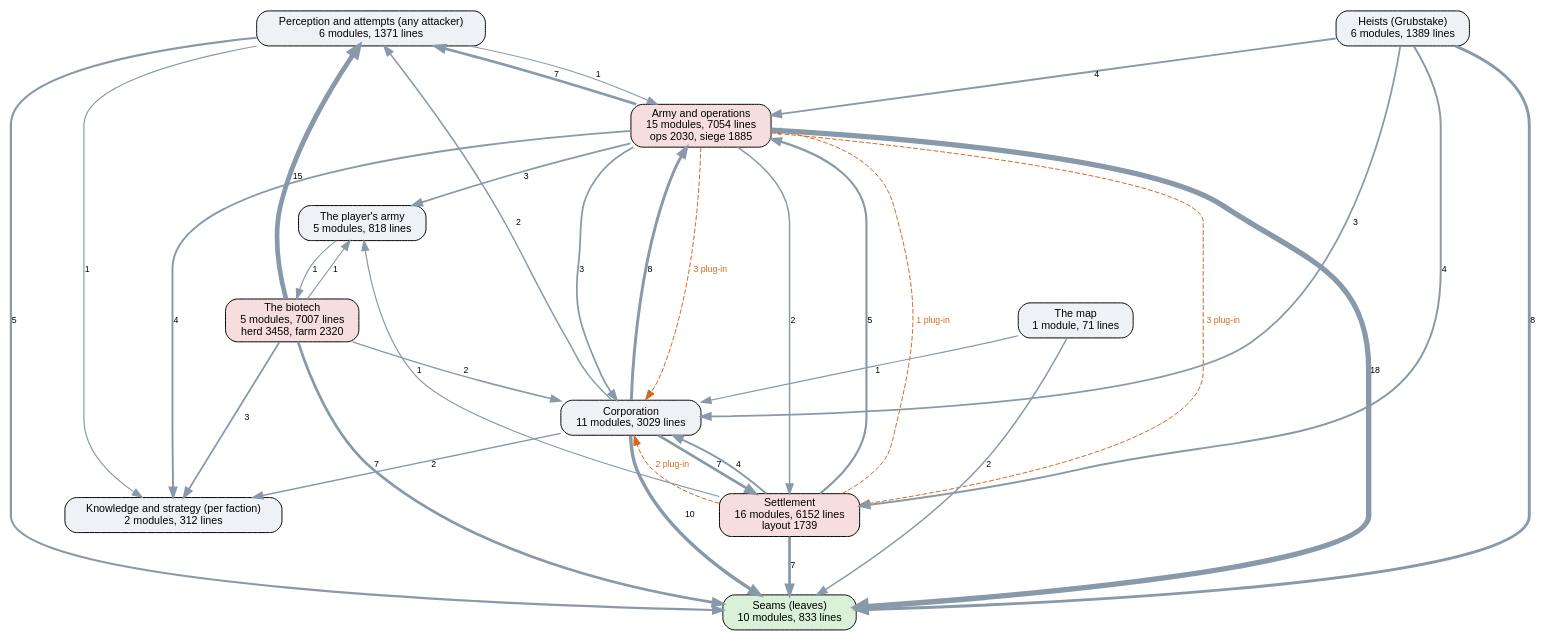
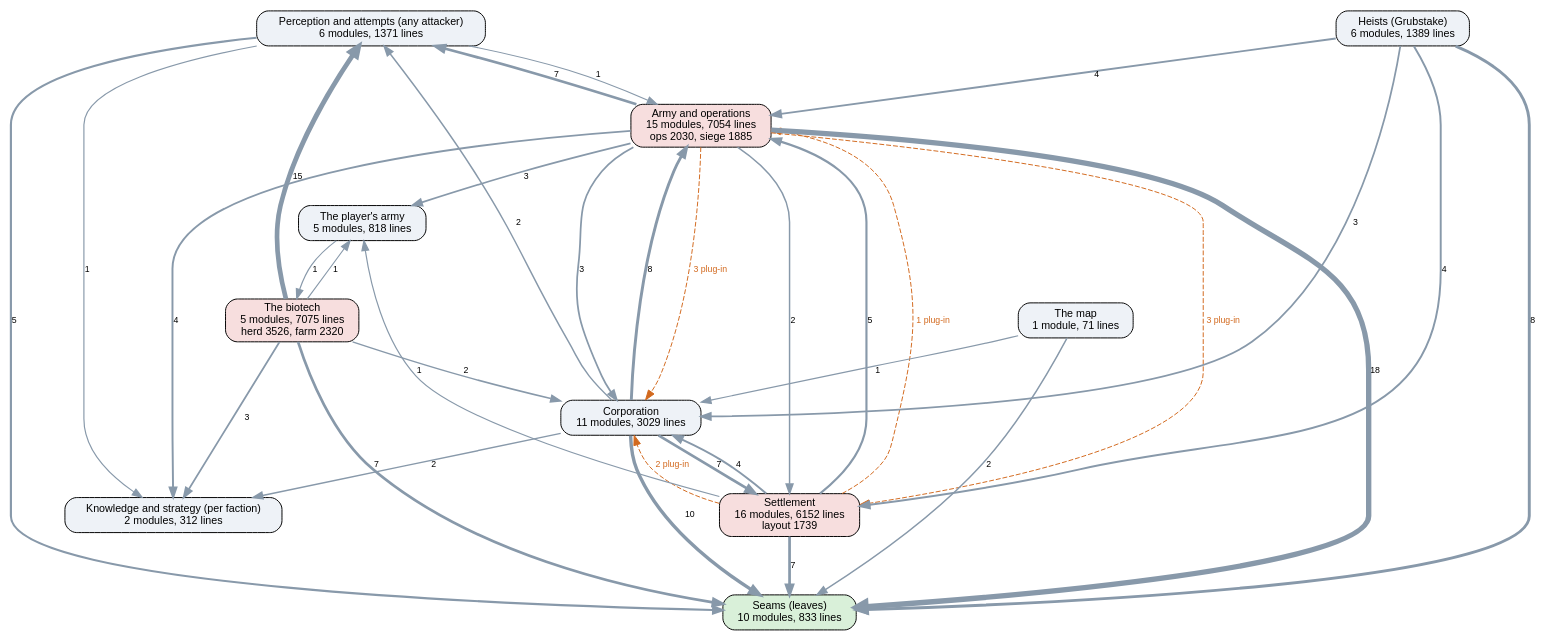
The diagram in docs/ai-layers.dot (kinelhu/landing-party), drawn with Graphviz before and after one commit. The commit also changed 8 other files, not shown here.

```diff
--- a/docs/ai-layers.dot
+++ b/docs/ai-layers.dot
@@ -1,49 +1,49 @@
 digraph layers {
   graph [rankdir=TB, fontname="Helvetica", nodesep=0.5, ranksep=0.7];
   node [shape=box, style="rounded,filled", fontname="Helvetica", fontsize=11, fillcolor="#eef2f7"];
   edge [color="#8899aa", fontname="Helvetica", fontsize=9];
   "Seams (leaves)" [label="Seams (leaves)\n10 modules, 833 lines", fillcolor="#d9f0d9"];
   "Perception and attempts (any attacker)" [label="Perception and attempts (any attacker)\n6 modules, 1371 lines", fillcolor="#eef2f7"];
   "Knowledge and strategy (per faction)" [label="Knowledge and strategy (per faction)\n2 modules, 312 lines", fillcolor="#eef2f7"];
   "Corporation" [label="Corporation\n11 modules, 3029 lines", fillcolor="#eef2f7"];
   "Settlement" [label="Settlement\n16 modules, 6152 lines\nlayout 1739", fillcolor="#f7dede"];
   "Army and operations" [label="Army and operations\n15 modules, 7054 lines\nops 2030, siege 1885", fillcolor="#f7dede"];
   "Heists (Grubstake)" [label="Heists (Grubstake)\n6 modules, 1389 lines", fillcolor="#eef2f7"];
-  "The biotech" [label="The biotech\n5 modules, 7007 lines\nherd 3458, farm 2320", fillcolor="#f7dede"];
+  "The biotech" [label="The biotech\n5 modules, 7075 lines\nherd 3526, farm 2320", fillcolor="#f7dede"];
   "The map" [label="The map\n1 module, 71 lines", fillcolor="#eef2f7"];
   "The player's army" [label="The player's army\n5 modules, 818 lines", fillcolor="#eef2f7"];
   "Army and operations" -> "Corporation" [label="3", penwidth=1.8];
   "Army and operations" -> "Knowledge and strategy (per faction)" [label="4", penwidth=2.0];
   "Army and operations" -> "Perception and attempts (any attacker)" [label="7", penwidth=2.8];
   "Army and operations" -> "Seams (leaves)" [label="18", penwidth=5.5];
   "Army and operations" -> "Settlement" [label="2", penwidth=1.5];
   "Army and operations" -> "The player's army" [label="3", penwidth=1.8];
   "Corporation" -> "Army and operations" [label="8", penwidth=3.0];
   "Corporation" -> "Knowledge and strategy (per faction)" [label="2", penwidth=1.5];
   "Corporation" -> "Perception and attempts (any attacker)" [label="2", penwidth=1.5];
   "Corporation" -> "Seams (leaves)" [label="10", penwidth=3.5];
   "Corporation" -> "Settlement" [label="7", penwidth=2.8];
   "Heists (Grubstake)" -> "Army and operations" [label="4", penwidth=2.0];
   "Heists (Grubstake)" -> "Corporation" [label="3", penwidth=1.8];
   "Heists (Grubstake)" -> "Seams (leaves)" [label="8", penwidth=3.0];
   "Heists (Grubstake)" -> "Settlement" [label="4", penwidth=2.0];
   "Perception and attempts (any attacker)" -> "Army and operations" [label="1", penwidth=1.2];
   "Perception and attempts (any attacker)" -> "Knowledge and strategy (per faction)" [label="1", penwidth=1.2];
   "Perception and attempts (any attacker)" -> "Seams (leaves)" [label="5", penwidth=2.2];
   "Settlement" -> "Army and operations" [label="5", penwidth=2.2];
   "Settlement" -> "Corporation" [label="4", penwidth=2.0];
   "Settlement" -> "Seams (leaves)" [label="7", penwidth=2.8];
   "Settlement" -> "The player's army" [label="1", penwidth=1.2];
   "The biotech" -> "Corporation" [label="2", penwidth=1.5];
   "The biotech" -> "Knowledge and strategy (per faction)" [label="3", penwidth=1.8];
   "The biotech" -> "Perception and attempts (any attacker)" [label="15", penwidth=4.8];
   "The biotech" -> "Seams (leaves)" [label="7", penwidth=2.8];
   "The biotech" -> "The player's army" [label="1", penwidth=1.2];
   "The map" -> "Corporation" [label="1", penwidth=1.2];
   "The map" -> "Seams (leaves)" [label="2", penwidth=1.5];
   "The player's army" -> "The biotech" [label="1", penwidth=1.2];
   "Army and operations" -> "Corporation" [style=dashed, color="#d2691e", fontcolor="#d2691e", label="3 plug-in"];
   "Army and operations" -> "Settlement" [style=dashed, color="#d2691e", fontcolor="#d2691e", label="3 plug-in"];
   "Settlement" -> "Army and operations" [style=dashed, color="#d2691e", fontcolor="#d2691e", label="1 plug-in"];
   "Settlement" -> "Corporation" [style=dashed, color="#d2691e", fontcolor="#d2691e", label="2 plug-in"];
 }
```
